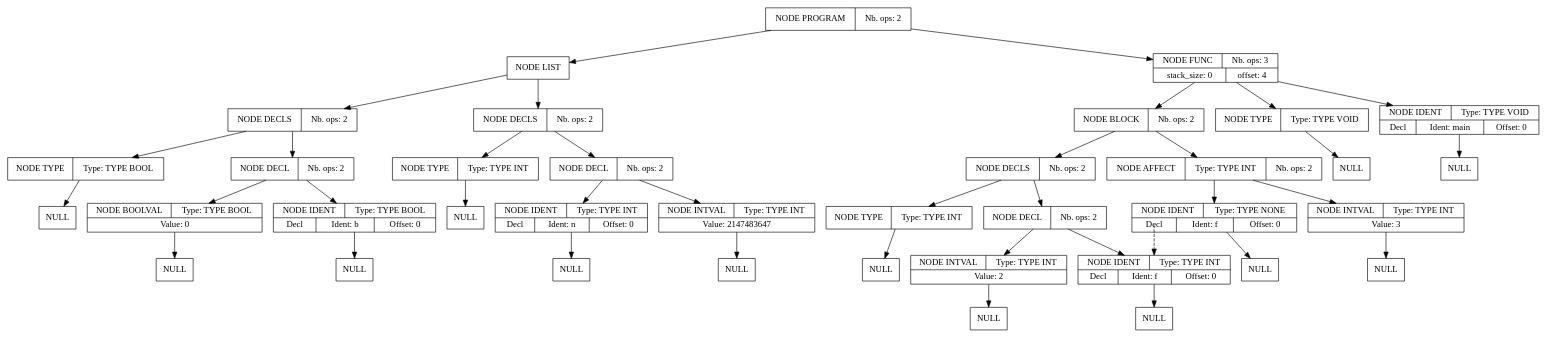
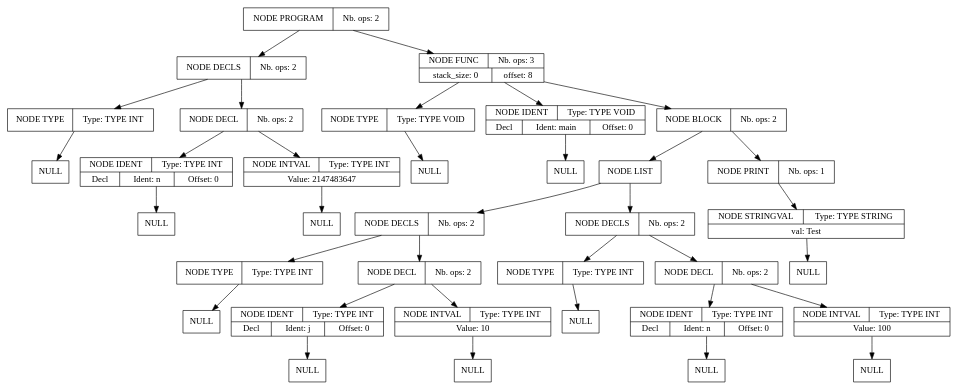
Before and after one commit to Serial-DeV/Compilation: the diagram in projet_compilation_src/src/fichier_dump_fin.dot, drawn with Graphviz. The commit also changed 13 other files, not shown here.

```diff
--- a/projet_compilation_src/src/fichier_dump_fin.dot
+++ b/projet_compilation_src/src/fichier_dump_fin.dot
@@ -1,113 +1,105 @@
 digraph global_vars {
     N1 [shape=record, label="{{NODE PROGRAM|Nb. ops: 2}}"];
-    N2 [shape=record, label="{{NODE LIST}}"];
-    N3 [shape=record, label="{{NODE DECLS|Nb. ops: 2}}"];
-    N4 [shape=record, label="{{NODE TYPE|Type: TYPE INT}}"];
-    N5 [shape=record, label="{{NULL}}"];
-    edge[tailclip=true];
-    N4 -> N5
+    N2 [shape=record, label="{{NODE DECLS|Nb. ops: 2}}"];
+    N3 [shape=record, label="{{NODE TYPE|Type: TYPE INT}}"];
+    N4 [shape=record, label="{{NULL}}"];
     edge[tailclip=true];
     N3 -> N4
-    N6 [shape=record, label="{{NODE DECL|Nb. ops: 2}}"];
-    N7 [shape=record, label="{{NODE IDENT|Type: TYPE INT}|{<decl>Decl      |Ident: n|Offset: 0}}"];
-    N8 [shape=record, label="{{NULL}}"];
     edge[tailclip=true];
-    N7 -> N8
+    N2 -> N3
+    N5 [shape=record, label="{{NODE DECL|Nb. ops: 2}}"];
+    N6 [shape=record, label="{{NODE IDENT|Type: TYPE INT}|{<decl>Decl      |Ident: n|Offset: 0}}"];
+    N7 [shape=record, label="{{NULL}}"];
     edge[tailclip=true];
     N6 -> N7
-    N9 [shape=record, label="{{NODE INTVAL|Type: TYPE INT}|{Value: 2147483647}}"];
-    N10 [shape=record, label="{{NULL}}"];
     edge[tailclip=true];
-    N9 -> N10
+    N5 -> N6
+    N8 [shape=record, label="{{NODE INTVAL|Type: TYPE INT}|{Value: 2147483647}}"];
+    N9 [shape=record, label="{{NULL}}"];
     edge[tailclip=true];
-    N6 -> N9
+    N8 -> N9
     edge[tailclip=true];
-    N3 -> N6
+    N5 -> N8
     edge[tailclip=true];
-    N2 -> N3
-    N11 [shape=record, label="{{NODE DECLS|Nb. ops: 2}}"];
-    N12 [shape=record, label="{{NODE TYPE|Type: TYPE BOOL}}"];
-    N13 [shape=record, label="{{NULL}}"];
+    N2 -> N5
     edge[tailclip=true];
-    N12 -> N13
+    N1 -> N2
+    N10 [shape=record, label="{{NODE FUNC|Nb. ops: 3}|{stack_size: 0|offset: 8}}"];
+    N11 [shape=record, label="{{NODE TYPE|Type: TYPE VOID}}"];
+    N12 [shape=record, label="{{NULL}}"];
     edge[tailclip=true];
     N11 -> N12
-    N14 [shape=record, label="{{NODE DECL|Nb. ops: 2}}"];
-    N15 [shape=record, label="{{NODE IDENT|Type: TYPE BOOL}|{<decl>Decl      |Ident: b|Offset: 0}}"];
-    N16 [shape=record, label="{{NULL}}"];
     edge[tailclip=true];
-    N15 -> N16
+    N10 -> N11
+    N13 [shape=record, label="{{NODE IDENT|Type: TYPE VOID}|{<decl>Decl      |Ident: main|Offset: 0}}"];
+    N14 [shape=record, label="{{NULL}}"];
     edge[tailclip=true];
-    N14 -> N15
-    N17 [shape=record, label="{{NODE BOOLVAL|Type: TYPE BOOL}|{Value: 0}}"];
-    N18 [shape=record, label="{{NULL}}"];
+    N13 -> N14
+    edge[tailclip=true];
+    N10 -> N13
+    N15 [shape=record, label="{{NODE BLOCK|Nb. ops: 2}}"];
+    N16 [shape=record, label="{{NODE LIST}}"];
+    N17 [shape=record, label="{{NODE DECLS|Nb. ops: 2}}"];
+    N18 [shape=record, label="{{NODE TYPE|Type: TYPE INT}}"];
+    N19 [shape=record, label="{{NULL}}"];
+    edge[tailclip=true];
+    N18 -> N19
     edge[tailclip=true];
     N17 -> N18
+    N20 [shape=record, label="{{NODE DECL|Nb. ops: 2}}"];
+    N21 [shape=record, label="{{NODE IDENT|Type: TYPE INT}|{<decl>Decl      |Ident: j|Offset: 0}}"];
+    N22 [shape=record, label="{{NULL}}"];
     edge[tailclip=true];
-    N14 -> N17
-    edge[tailclip=true];
-    N11 -> N14
-    edge[tailclip=true];
-    N2 -> N11
-    edge[tailclip=true];
-    N1 -> N2
-    N19 [shape=record, label="{{NODE FUNC|Nb. ops: 3}|{stack_size: 0|offset: 4}}"];
-    N20 [shape=record, label="{{NODE TYPE|Type: TYPE VOID}}"];
-    N21 [shape=record, label="{{NULL}}"];
+    N21 -> N22
     edge[tailclip=true];
     N20 -> N21
+    N23 [shape=record, label="{{NODE INTVAL|Type: TYPE INT}|{Value: 10}}"];
+    N24 [shape=record, label="{{NULL}}"];
     edge[tailclip=true];
-    N19 -> N20
-    N22 [shape=record, label="{{NODE IDENT|Type: TYPE VOID}|{<decl>Decl      |Ident: main|Offset: 0}}"];
-    N23 [shape=record, label="{{NULL}}"];
+    N23 -> N24
     edge[tailclip=true];
-    N22 -> N23
+    N20 -> N23
     edge[tailclip=true];
-    N19 -> N22
-    N24 [shape=record, label="{{NODE BLOCK|Nb. ops: 2}}"];
+    N17 -> N20
+    edge[tailclip=true];
+    N16 -> N17
     N25 [shape=record, label="{{NODE DECLS|Nb. ops: 2}}"];
     N26 [shape=record, label="{{NODE TYPE|Type: TYPE INT}}"];
     N27 [shape=record, label="{{NULL}}"];
     edge[tailclip=true];
     N26 -> N27
     edge[tailclip=true];
     N25 -> N26
     N28 [shape=record, label="{{NODE DECL|Nb. ops: 2}}"];
-    N29 [shape=record, label="{{NODE IDENT|Type: TYPE INT}|{<decl>Decl      |Ident: f|Offset: 0}}"];
+    N29 [shape=record, label="{{NODE IDENT|Type: TYPE INT}|{<decl>Decl      |Ident: n|Offset: 0}}"];
     N30 [shape=record, label="{{NULL}}"];
     edge[tailclip=true];
     N29 -> N30
     edge[tailclip=true];
     N28 -> N29
-    N31 [shape=record, label="{{NODE INTVAL|Type: TYPE INT}|{Value: 2}}"];
+    N31 [shape=record, label="{{NODE INTVAL|Type: TYPE INT}|{Value: 100}}"];
     N32 [shape=record, label="{{NULL}}"];
     edge[tailclip=true];
     N31 -> N32
     edge[tailclip=true];
     N28 -> N31
     edge[tailclip=true];
     N25 -> N28
     edge[tailclip=true];
-    N24 -> N25
-    N33 [shape=record, label="{{NODE AFFECT|Type: TYPE INT|Nb. ops: 2}}"];
-    N34 [shape=record, label="{{NODE IDENT|Type: TYPE NONE}|{<decl>Decl      |Ident: f|Offset: 0}}"];
-    edge[tailclip=false];
-    "N34":decl:c -> "N29" [style=dashed]
+    N16 -> N25
+    edge[tailclip=true];
+    N15 -> N16
+    N33 [shape=record, label="{{NODE PRINT|Nb. ops: 1}}"];
+    N34 [shape=record, label="{{NODE STRINGVAL|Type: TYPE STRING}|{val: Test\n}}"];
     N35 [shape=record, label="{{NULL}}"];
     edge[tailclip=true];
     N34 -> N35
     edge[tailclip=true];
     N33 -> N34
-    N36 [shape=record, label="{{NODE INTVAL|Type: TYPE INT}|{Value: 3}}"];
-    N37 [shape=record, label="{{NULL}}"];
     edge[tailclip=true];
-    N36 -> N37
+    N15 -> N33
     edge[tailclip=true];
-    N33 -> N36
+    N10 -> N15
     edge[tailclip=true];
-    N24 -> N33
-    edge[tailclip=true];
-    N19 -> N24
-    edge[tailclip=true];
-    N1 -> N19
+    N1 -> N10
 }
```
